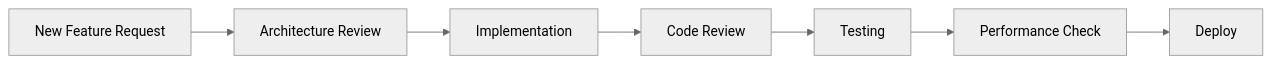
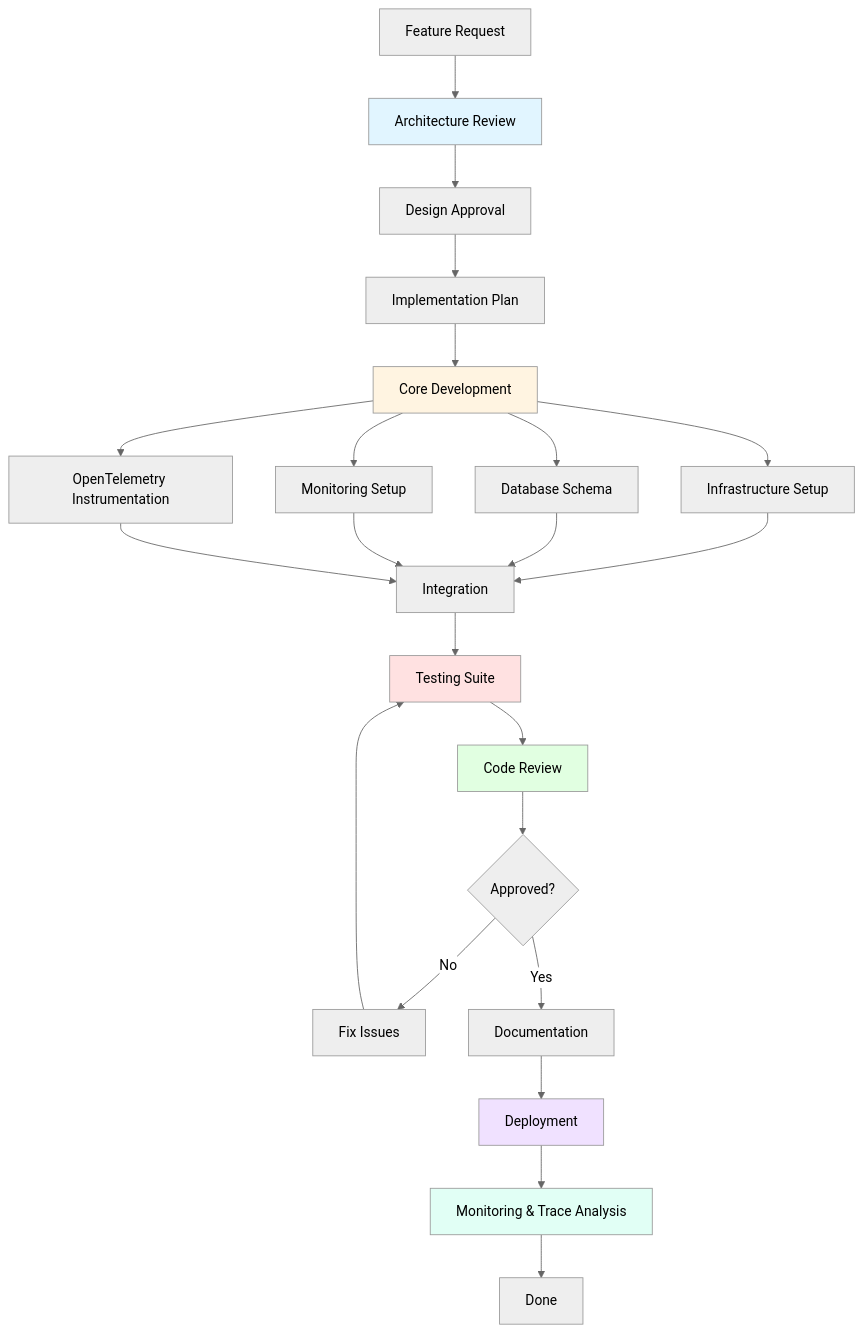
One commit to mdzesseis/log_capturer_go changed the diagram in .claude/agents/workflow-coordinator.md. Above: the diagram before and after it, drawn with Mermaid (neutral theme). The commit also changed other lines of this file and 120 other files, not shown here.

````diff
--- a/.claude/agents/workflow-coordinator.md
+++ b/.claude/agents/workflow-coordinator.md
@@ -67,9 +233,31 @@
 ```mermaid
-graph LR
-    A[New Feature Request] --> B[Architecture Review]
-    B --> C[Implementation]
-    C --> D[Code Review]
-    D --> E[Testing]
-    E --> F[Performance Check]
-    F --> G[Deploy]
+graph TB
+    A[Feature Request] --> B[Architecture Review]
+    B --> C[Design Approval]
+    C --> D[Implementation Plan]
+    D --> E[Core Development]
+    E --> F[Infrastructure Setup]
+    E --> G[Database Schema]
+    E --> H[Monitoring Setup]
+    E --> I[OpenTelemetry Instrumentation]
+    F --> J[Integration]
+    G --> J
+    H --> J
+    I --> J
+    J --> K[Testing Suite]
+    K --> L[Code Review]
+    L --> M{Approved?}
+    M -->|No| N[Fix Issues]
+    N --> K
+    M -->|Yes| O[Documentation]
+    O --> P[Deployment]
+    P --> Q[Monitoring & Trace Analysis]
+    Q --> R[Done]
+
+    style B fill:#e1f5ff
+    style E fill:#fff4e1
+    style K fill:#ffe1e1
+    style L fill:#e1ffe1
+    style P fill:#f0e1ff
+    style Q fill:#e1fff5
 ```
````
